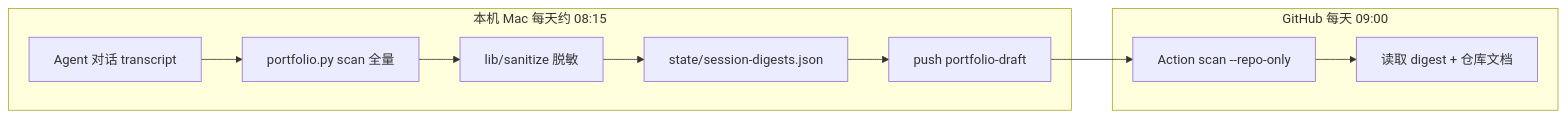
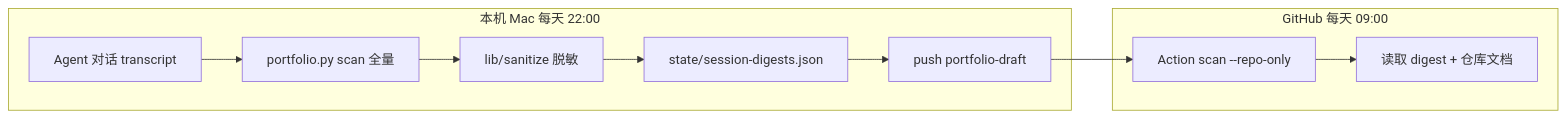
The diagram in docs/07-本机每日对话同步.md (carl-lyq/Cursor-cases), drawn with Mermaid before and after one commit. The commit also changed other lines of this file and 8 other files, not shown here.

````diff
--- a/docs/07-本机每日对话同步.md
+++ b/docs/07-本机每日对话同步.md
@@ -8,17 +8,17 @@
 ```mermaid
 flowchart LR
-    subgraph local [本机 Mac 每天约 08:15]
+    subgraph local [本机 Mac 每天 22:00]
         T[Agent 对话 transcript]
         S[portfolio.py scan 全量]
         R[lib/sanitize 脱敏]
         D[state/session-digests.json]
         P[push portfolio-draft]
         T --> S --> R --> D --> P
     end
     subgraph cloud [GitHub 每天 09:00]
         A[Action scan --repo-only]
         C[读取 digest + 仓库文档]
         A --> C
     end
     P --> A
 ```
````
